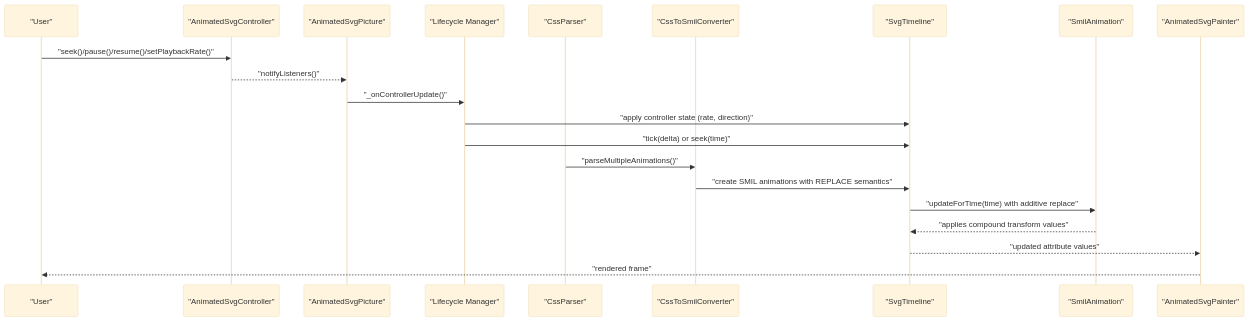
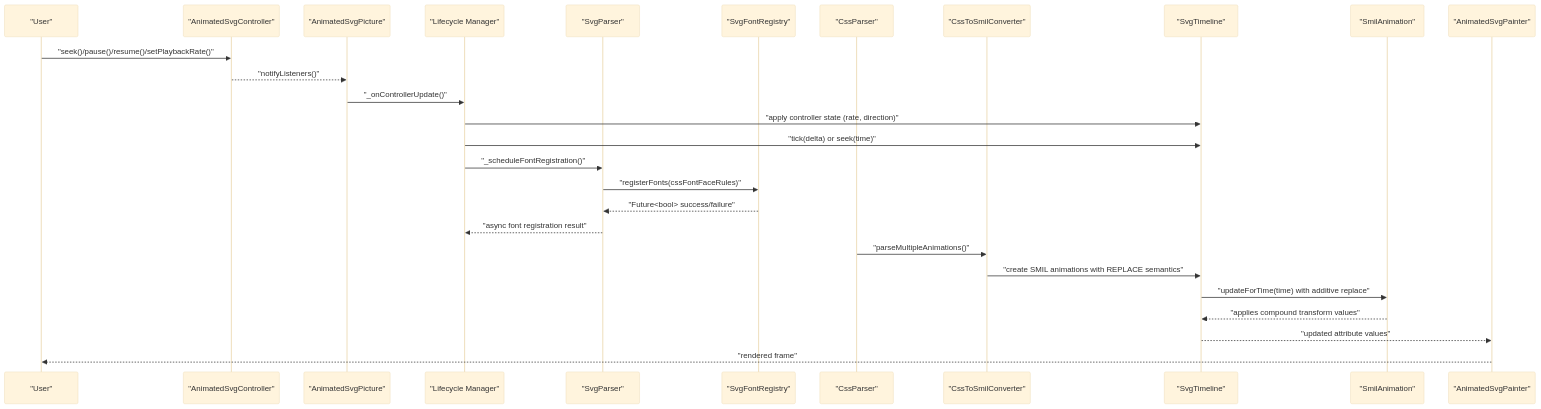
The second of 3 diagrams in .qoder/repowiki/en/content/Animated SVG Support/Animation Control and Playback.md (denisnadey/flutter_full_svg_support), drawn with Mermaid (base theme) before and after one commit. The commit also changed other lines of this file and 13 other files, not shown here.

First line of the commit message:
feat(svg-font): integrate font registration lifecycle with animated SVG rendering

````diff
--- a/.qoder/repowiki/en/content/Animated SVG Support/Animation Control and Playback.md
+++ b/.qoder/repowiki/en/content/Animated SVG Support/Animation Control and Playback.md
@@ -156,23 +187,29 @@
 ```mermaid
 sequenceDiagram
 participant User as "User"
 participant Controller as "AnimatedSvgController"
 participant Picture as "AnimatedSvgPicture"
 participant Lifecycle as "Lifecycle Manager"
+participant Parser as "SvgParser"
+participant FontRegistry as "SvgFontRegistry"
 participant CssParser as "CssParser"
 participant Converter as "CssToSmilConverter"
 participant Timeline as "SvgTimeline"
 participant Animation as "SmilAnimation"
 participant Painter as "AnimatedSvgPainter"
 User->>Controller : "seek()/pause()/resume()/setPlaybackRate()"
 Controller-->>Picture : "notifyListeners()"
 Picture->>Lifecycle : "_onControllerUpdate()"
 Lifecycle->>Timeline : "apply controller state (rate, direction)"
 Lifecycle->>Timeline : "tick(delta) or seek(time)"
+Lifecycle->>Parser : "_scheduleFontRegistration()"
+Parser->>FontRegistry : "registerFonts(cssFontFaceRules)"
+FontRegistry-->>Parser : "Future<bool> success/failure"
+Parser-->>Lifecycle : "async font registration result"
 CssParser->>Converter : "parseMultipleAnimations()"
 Converter->>Timeline : "create SMIL animations with REPLACE semantics"
 Timeline->>Animation : "updateForTime(time) with additive replace"
 Animation-->>Timeline : "applies compound transform values"
 Timeline-->>Painter : "updated attribute values"
 Painter-->>User : "rendered frame"
 ```
````
